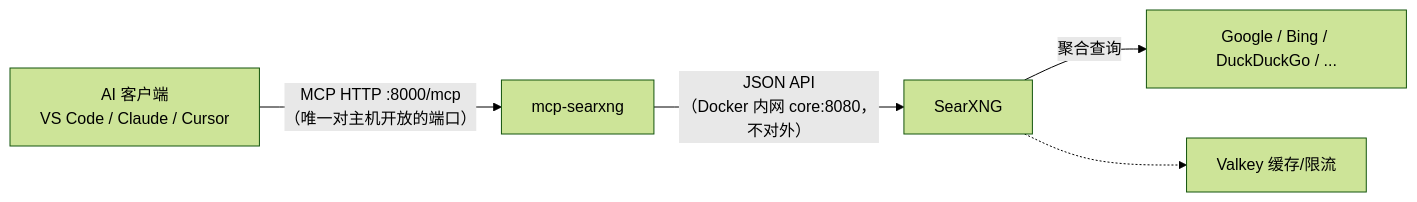
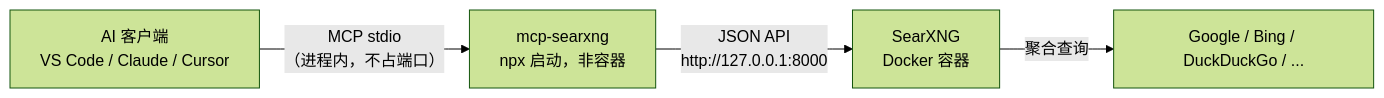
One commit to holwon/searchxng changed the diagram in searxng-mcp/README.md. Above: the diagram before and after it, drawn with Mermaid (forest theme). The commit also changed other lines of this file and 2 other files, not shown here.

First line of the commit message:
refactor: MCP 改用 npx stdio 接入，SearXNG 改为单容器部署

````diff
--- a/searxng-mcp/README.md
+++ b/searxng-mcp/README.md
@@ -7,7 +7,6 @@
 ```mermaid
 flowchart LR
-    C[AI 客户端<br>VS Code / Claude / Cursor] -->|"MCP HTTP :8000/mcp<br>（唯一对主机开放的端口）"| M[mcp-searxng]
-    M -->|"JSON API<br>（Docker 内网 core:8080，不对外）"| S[SearXNG]
+    C[AI 客户端<br>VS Code / Claude / Cursor] -->|"MCP stdio<br>（进程内，不占端口）"| M["mcp-searxng<br>npx 启动，非容器"]
+    M -->|"JSON API<br>http://127.0.0.1:8000"| S[SearXNG<br>Docker 容器]
     S -->|聚合查询| E[Google / Bing / DuckDuckGo / ...]
-    S -.-> V[Valkey 缓存/限流]
 ```
````
